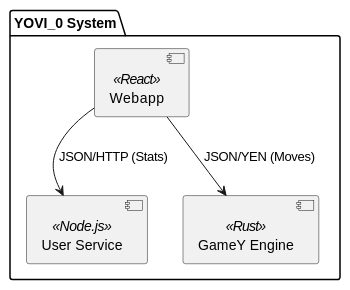
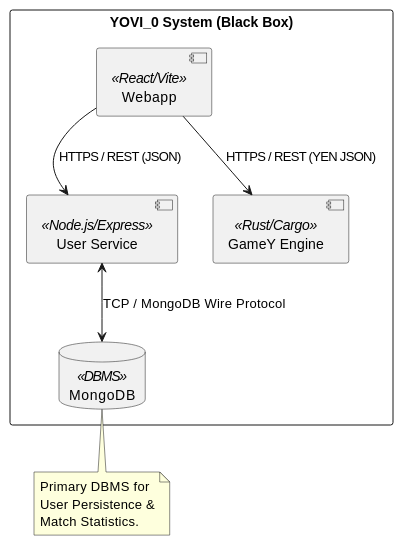
The first of 3 diagrams in docs/src/05_building_block_view.adoc (Arquisoft/yovi_en1a), drawn with PlantUML before and after one commit. The commit also changed other lines of this file, not shown here.

Commit message:
5. Overall View, WebApp, Gamey

```diff
--- a/docs/src/05_building_block_view.adoc
+++ b/docs/src/05_building_block_view.adoc
@@ -10,15 +12,26 @@
-[plantuml, level1-whitebox, svg]
+[plantuml, level1-whitebox, png]
 ----
 @startuml
 skinparam componentStyle uml2
+skinparam packageStyle rectangle
 
-package "YOVI_0 System" {
-    component [Webapp] as webapp <<React>>
-    component [User Service] as usersvc <<Node.js>>
-    component [GameY Engine] as gamey <<Rust>>
+package "YOVI_0 System (Black Box)" {
+component [Webapp] as webapp <<React/Vite>>
+component [User Service] as usersvc <<Node.js/Express>>
+component [GameY Engine] as gamey <<Rust/Cargo>>
+database "MongoDB" as db <<DBMS>>
 }
 
-webapp --> usersvc : "JSON/HTTP (Stats)"
-webapp --> gamey : "JSON/YEN (Moves)"
+' Connections with explicit protocols
+webapp --> usersvc : "HTTPS / REST (JSON)"
+webapp --> gamey : "HTTPS / REST (YEN JSON)"
+usersvc <--> db : "TCP / MongoDB Wire Protocol"
+
+note bottom of db
+Primary DBMS for
+User Persistence &
+Match Statistics.
+end note
+
 @enduml
 ----
```
